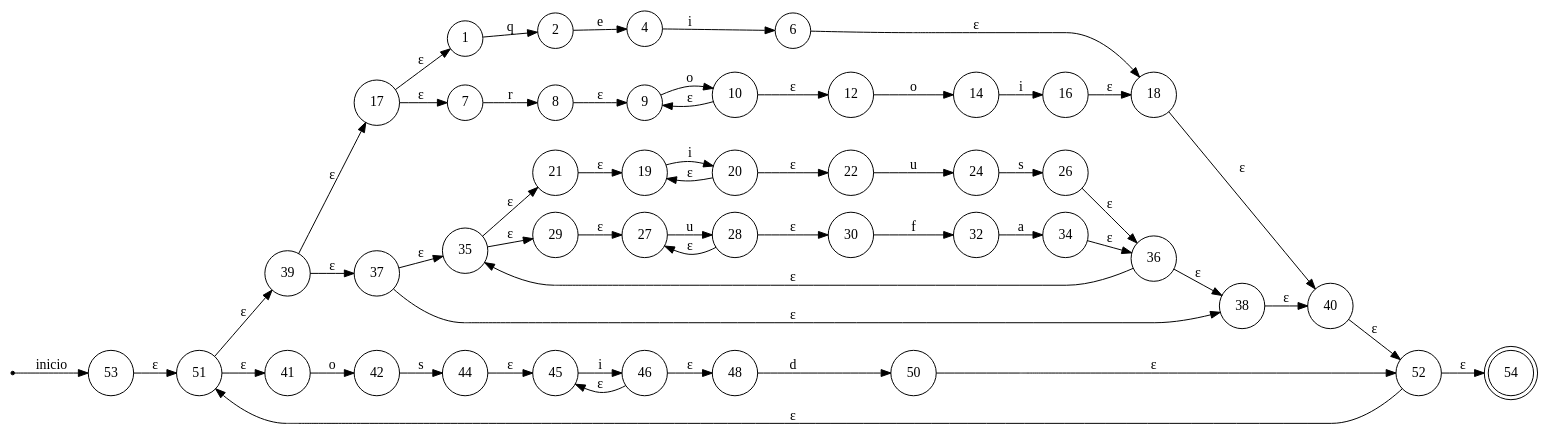
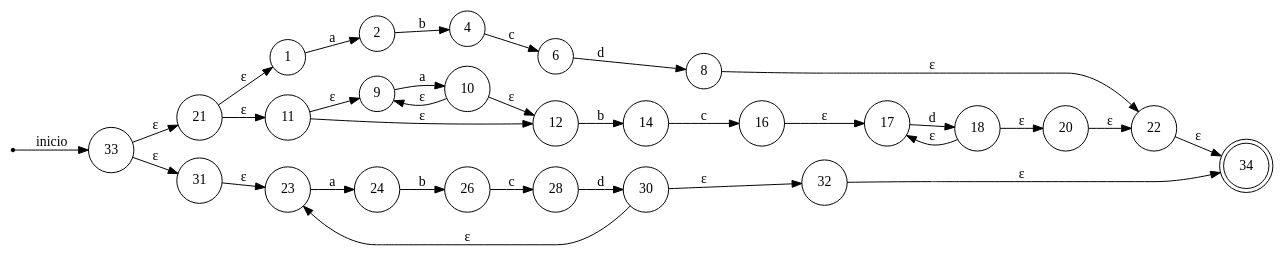
Before and after one commit to mrueda020/Compiladores: the diagram in Practica 1/automata.gv, drawn with Graphviz. The commit also changed 3 other files, not shown here.

```diff
--- a/Practica 1/automata.gv
+++ b/Practica 1/automata.gv
@@ -1,59 +1,37 @@
 digraph automata{
 inicio[shape=point];
 node[shape=circle];
 rankdir = LR;
-inicio -> 53[label="inicio"];
-54[shape=doublecircle];
-53 -> 51[label="&epsilon;"];
-51 -> 39[label="&epsilon;"];
-51 -> 41[label="&epsilon;"];
-39 -> 17[label="&epsilon;"];
-39 -> 37[label="&epsilon;"];
-17 -> 1[label="&epsilon;"];
-17 -> 7[label="&epsilon;"];
-1 -> 2[label="q"];
-2 -> 4[label="e"];
-4 -> 6[label="i"];
-6 -> 18[label="&epsilon;"];
-18 -> 40[label="&epsilon;"];
-40 -> 52[label="&epsilon;"];
-52 -> 54[label="&epsilon;"];
-52 -> 51[label="&epsilon;"];
-7 -> 8[label="r"];
-8 -> 9[label="&epsilon;"];
-9 -> 10[label="o"];
+inicio -> 33[label="inicio"];
+34[shape=doublecircle];
+33 -> 21[label="&epsilon;"];
+33 -> 31[label="&epsilon;"];
+21 -> 1[label="&epsilon;"];
+21 -> 11[label="&epsilon;"];
+1 -> 2[label="a"];
+2 -> 4[label="b"];
+4 -> 6[label="c"];
+6 -> 8[label="d"];
+8 -> 22[label="&epsilon;"];
+22 -> 34[label="&epsilon;"];
+11 -> 9[label="&epsilon;"];
+11 -> 12[label="&epsilon;"];
+9 -> 10[label="a"];
 10 -> 12[label="&epsilon;"];
 10 -> 9[label="&epsilon;"];
-12 -> 14[label="o"];
-14 -> 16[label="i"];
-16 -> 18[label="&epsilon;"];
-37 -> 35[label="&epsilon;"];
-37 -> 38[label="&epsilon;"];
-35 -> 21[label="&epsilon;"];
-35 -> 29[label="&epsilon;"];
-21 -> 19[label="&epsilon;"];
-19 -> 20[label="i"];
+12 -> 14[label="b"];
+14 -> 16[label="c"];
+16 -> 17[label="&epsilon;"];
+17 -> 18[label="d"];
+18 -> 20[label="&epsilon;"];
+18 -> 17[label="&epsilon;"];
 20 -> 22[label="&epsilon;"];
-20 -> 19[label="&epsilon;"];
-22 -> 24[label="u"];
-24 -> 26[label="s"];
-26 -> 36[label="&epsilon;"];
-36 -> 38[label="&epsilon;"];
-36 -> 35[label="&epsilon;"];
-38 -> 40[label="&epsilon;"];
-29 -> 27[label="&epsilon;"];
-27 -> 28[label="u"];
-28 -> 30[label="&epsilon;"];
-28 -> 27[label="&epsilon;"];
-30 -> 32[label="f"];
-32 -> 34[label="a"];
-34 -> 36[label="&epsilon;"];
-41 -> 42[label="o"];
-42 -> 44[label="s"];
-44 -> 45[label="&epsilon;"];
-45 -> 46[label="i"];
-46 -> 48[label="&epsilon;"];
-46 -> 45[label="&epsilon;"];
-48 -> 50[label="d"];
-50 -> 52[label="&epsilon;"];
+31 -> 23[label="&epsilon;"];
+23 -> 24[label="a"];
+24 -> 26[label="b"];
+26 -> 28[label="c"];
+28 -> 30[label="d"];
+30 -> 32[label="&epsilon;"];
+30 -> 23[label="&epsilon;"];
+32 -> 34[label="&epsilon;"];
 }
```
